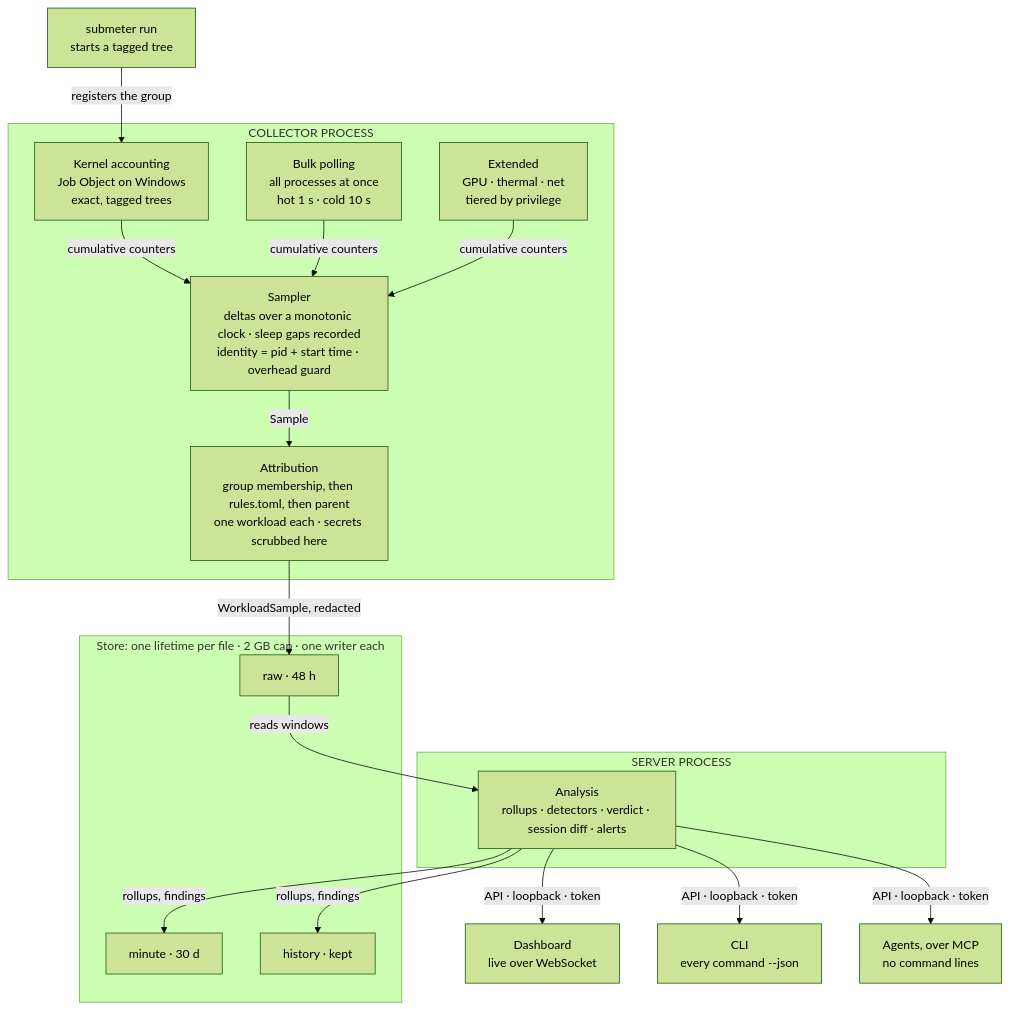
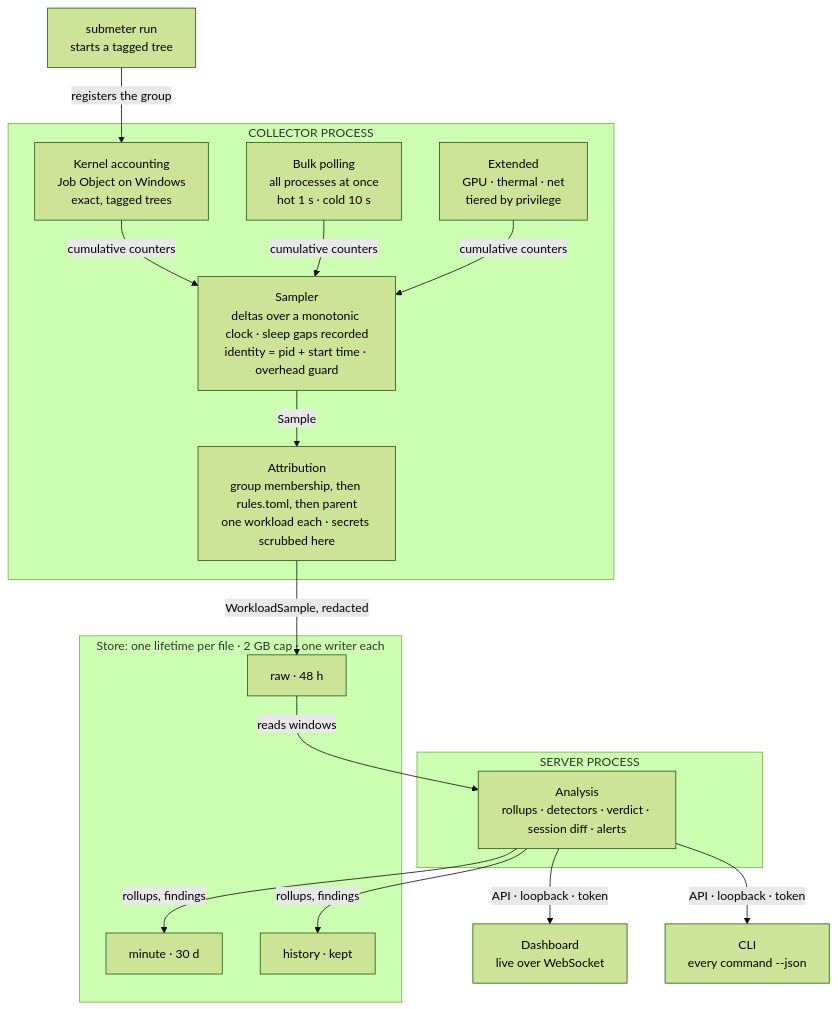
The diagram in docs/05-data-flow.md (therealestmatthew/submeter-pc-monitor), drawn with Mermaid (forest theme) before and after one commit. The commit also changed other lines of this file and 7 other files, not shown here.

First line of the commit message:
R143: Defer the MCP server; agents read cost --run --json

````diff
--- a/docs/05-data-flow.md
+++ b/docs/05-data-flow.md
@@ -7,34 +7,32 @@
 ```mermaid
 flowchart TD
     run["submeter run<br/>starts a tagged tree"]
     subgraph collector["COLLECTOR PROCESS"]
         ka["Kernel accounting<br/>Job Object on Windows<br/>exact, tagged trees"]
         bp["Bulk polling<br/>all processes at once<br/>hot 1 s · cold 10 s"]
         ex["Extended<br/>GPU · thermal · net<br/>tiered by privilege"]
         sampler["Sampler<br/>deltas over a monotonic clock · sleep gaps recorded<br/>identity = pid + start time · overhead guard"]
         attribution["Attribution<br/>group membership, then rules.toml, then parent<br/>one workload each · secrets scrubbed here"]
     end
     subgraph store["Store: one lifetime per file · 2 GB cap · one writer each"]
         raw["raw · 48 h"]
         minute["minute · 30 d"]
         history["history · kept"]
     end
     subgraph server["SERVER PROCESS"]
         analysis["Analysis<br/>rollups · detectors · verdict · session diff · alerts"]
     end
     dashboard["Dashboard<br/>live over WebSocket"]
     cli["CLI<br/>every command --json"]
-    agents["Agents, over MCP<br/>no command lines"]
     run -->|registers the group| ka
     ka -->|cumulative counters| sampler
     bp -->|cumulative counters| sampler
     ex -->|cumulative counters| sampler
     sampler -->|Sample| attribution
     attribution -->|WorkloadSample, redacted| raw
     raw -->|reads windows| analysis
     analysis -->|rollups, findings| minute
     analysis -->|rollups, findings| history
     analysis -->|API · loopback · token| dashboard
     analysis -->|API · loopback · token| cli
-    analysis -->|API · loopback · token| agents
 ```
````
